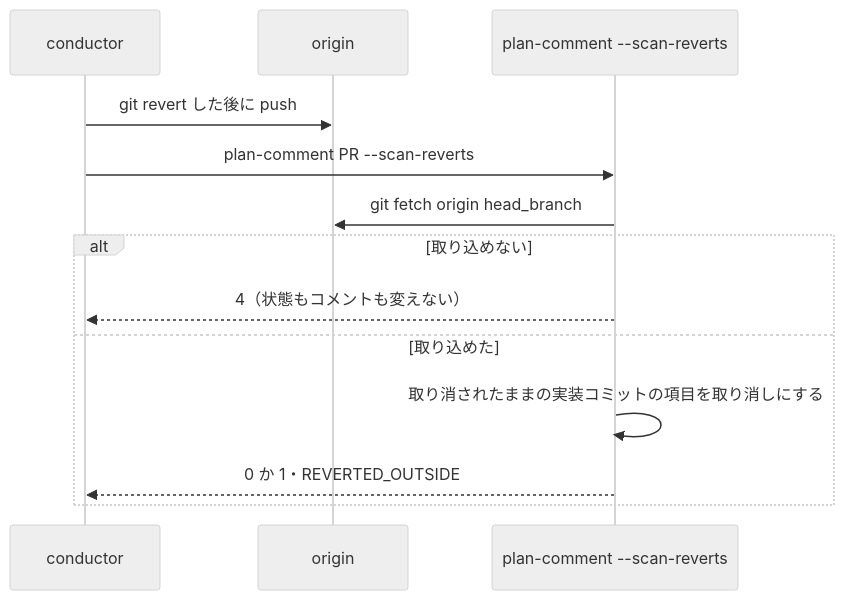
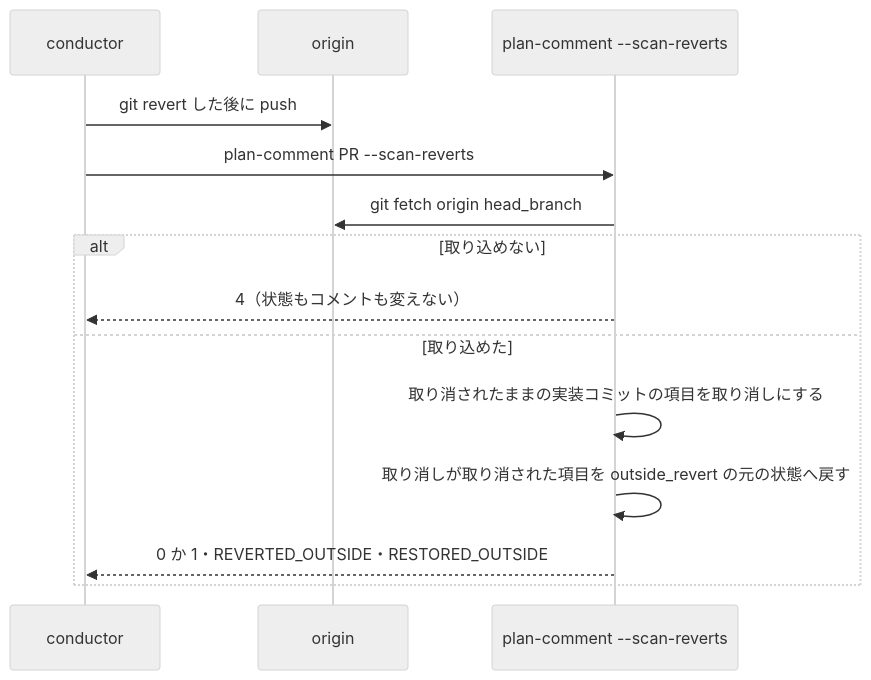
One commit to devbasex/ai-plugins changed the fifth of 6 diagrams in issues/issue-1692-design.md. Above: the diagram before and after it, drawn with Mermaid (neutral theme). The commit also changed other lines of this file, not shown here.

````diff
--- a/issues/issue-1692-design.md
+++ b/issues/issue-1692-design.md
@@ -351,15 +360,16 @@
 ```mermaid
 sequenceDiagram
     participant C as conductor
     participant O as origin
     participant R as plan-comment --scan-reverts
     C->>O: git revert した後に push
     C->>R: plan-comment PR --scan-reverts
     R->>O: git fetch origin head_branch
     alt 取り込めない
         R-->>C: 4（状態もコメントも変えない）
     else 取り込めた
         R->>R: 取り消されたままの実装コミットの項目を取り消しにする
-        R-->>C: 0 か 1・REVERTED_OUTSIDE
+        R->>R: 取り消しが取り消された項目を outside_revert の元の状態へ戻す
+        R-->>C: 0 か 1・REVERTED_OUTSIDE・RESTORED_OUTSIDE
     end
 ```
````
